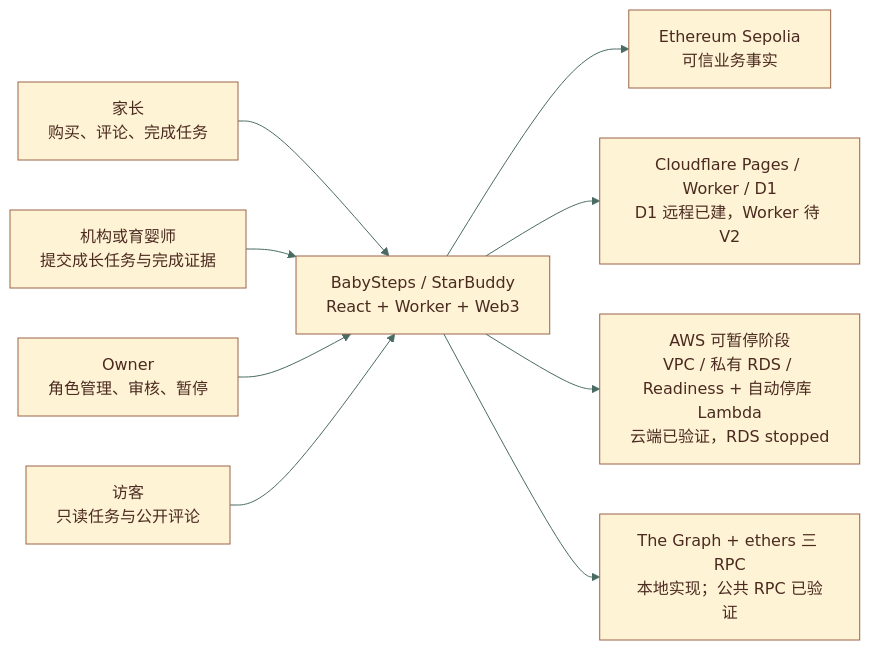
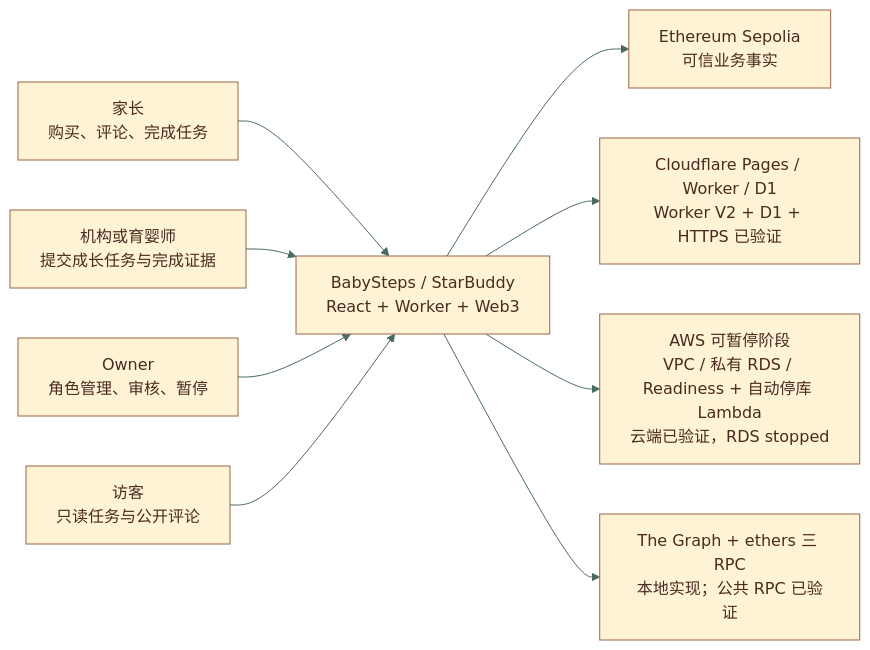
Before and after one commit to Tiancheng-Xu/babysteps: the first of 8 diagrams in docs/architecture/starbuddy-web3-architecture.mmd, drawn with Mermaid. The commit also changed other lines of this file and 29 other files, not shown here.

````diff
--- a/docs/architecture/starbuddy-web3-architecture.mmd
+++ b/docs/architecture/starbuddy-web3-architecture.mmd
@@ -16,19 +16,19 @@
 ```mermaid
 %%{init: {"theme":"base","themeVariables":{"primaryColor":"#FFF3D6","primaryTextColor":"#4B2B20","primaryBorderColor":"#9A6548","lineColor":"#496B63","secondaryColor":"#F7B267","tertiaryColor":"#DCE9C8"}}}%%
 flowchart LR
     parent0["家长<br/>购买、评论、完成任务"]
     provider0["机构或育婴师<br/>提交成长任务与完成证据"]
     owner0["Owner<br/>角色管理、审核、暂停"]
     babySteps["BabySteps / StarBuddy<br/>React + Worker + Web3"]
     public0["访客<br/>只读任务与公开评论"]
 
     parent0 --> babySteps
     provider0 --> babySteps
     owner0 --> babySteps
     public0 --> babySteps
 
     babySteps --> ethereum0["Ethereum Sepolia<br/>可信业务事实"]
-    babySteps --> cloudflare0["Cloudflare Pages / Worker / D1<br/>D1 远程已建，Worker 待 V2"]
+    babySteps --> cloudflare0["Cloudflare Pages / Worker / D1<br/>Worker V2 + D1 + HTTPS 已验证"]
     babySteps --> aws0["AWS 可暂停阶段<br/>VPC / 私有 RDS / Readiness + 自动停库 Lambda<br/>云端已验证，RDS stopped"]
     babySteps --> index0["The Graph + ethers 三 RPC<br/>本地实现；公共 RPC 已验证"]
 ```
````
